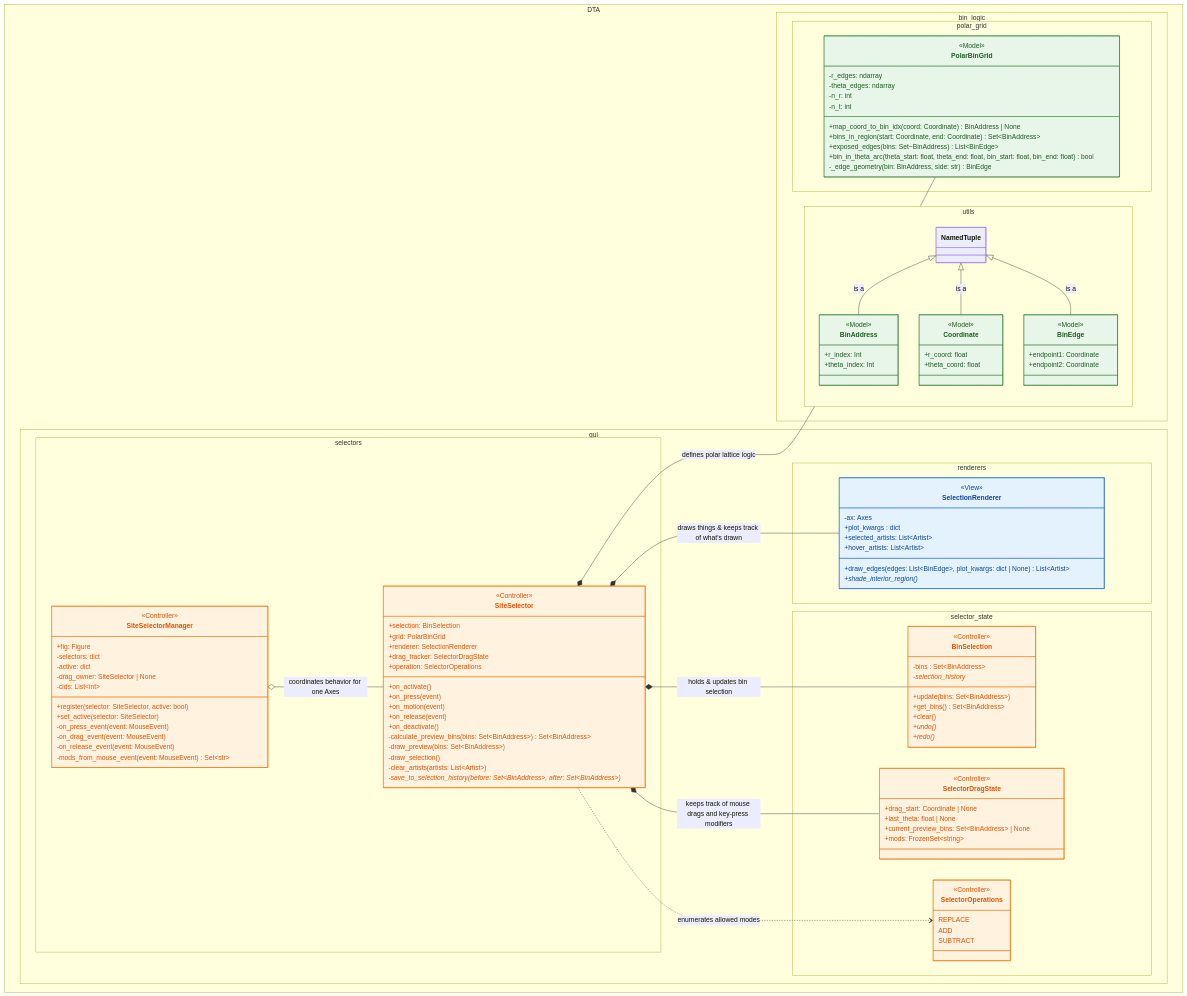
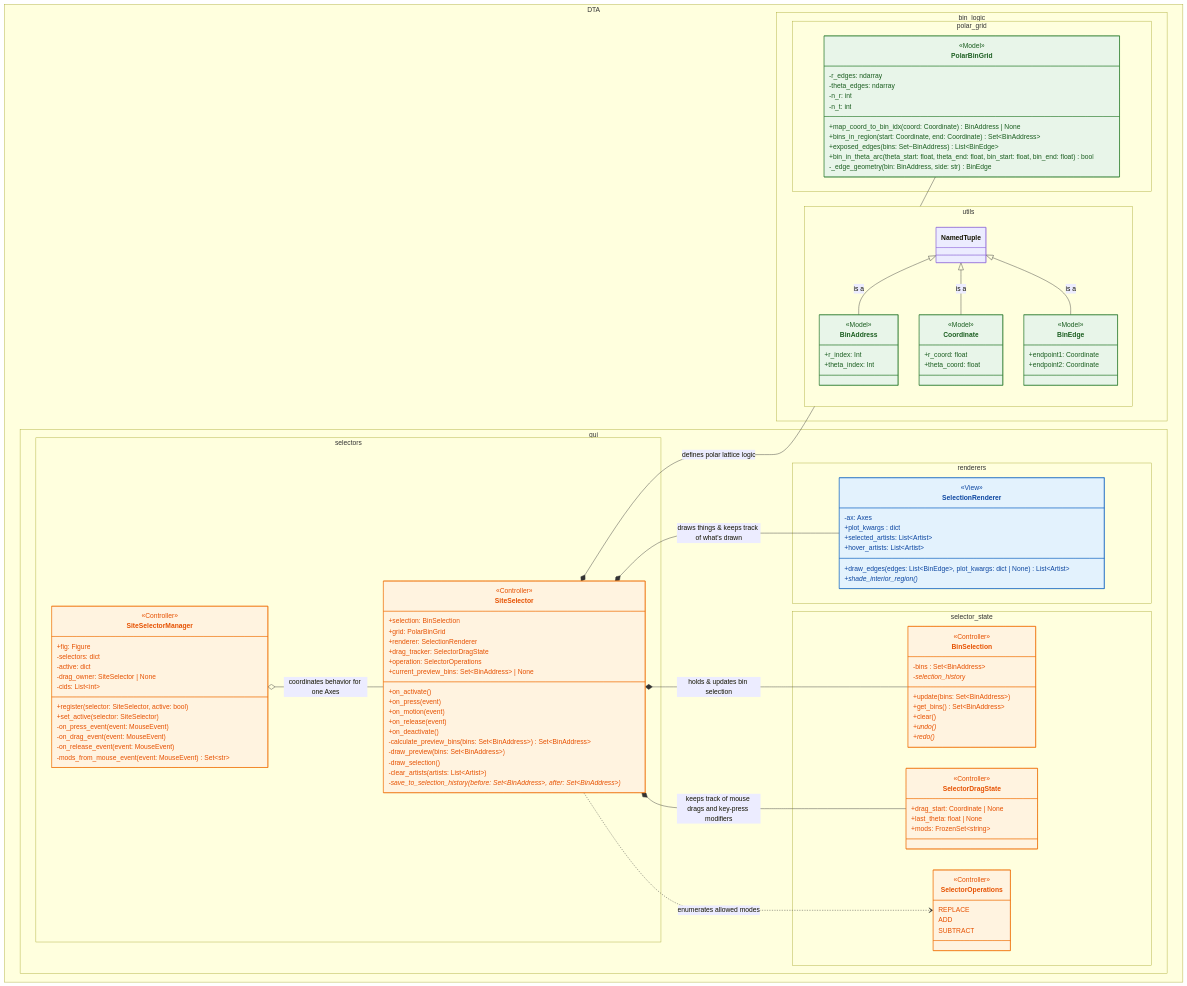
The first of 4 diagrams in python/dta/gui/README.md (BranniganLab/density_threshold_affinity), drawn with Mermaid before and after one commit. The commit also changed other lines of this file, not shown here.

Commit message:
update mermaid diagram

```diff
--- a/python/dta/gui/README.md
+++ b/python/dta/gui/README.md
@@ -146,7 +146,6 @@
     <<dataclass>>
     +drag_start: Coordinate | None
     +last_theta: float | None
-    +current_preview_bins: Set~BinAddress~ | None
     +mods: FrozenSet~string~
 }
 }
@@ -158,6 +157,7 @@
     +renderer: SelectionRenderer
     +drag_tracker: SelectorDragState
     +operation: SelectorOperations
+    +current_preview_bins: Set~BinAddress~ | None
     +on_activate()
     +on_press(event)
     +on_motion(event)
```
